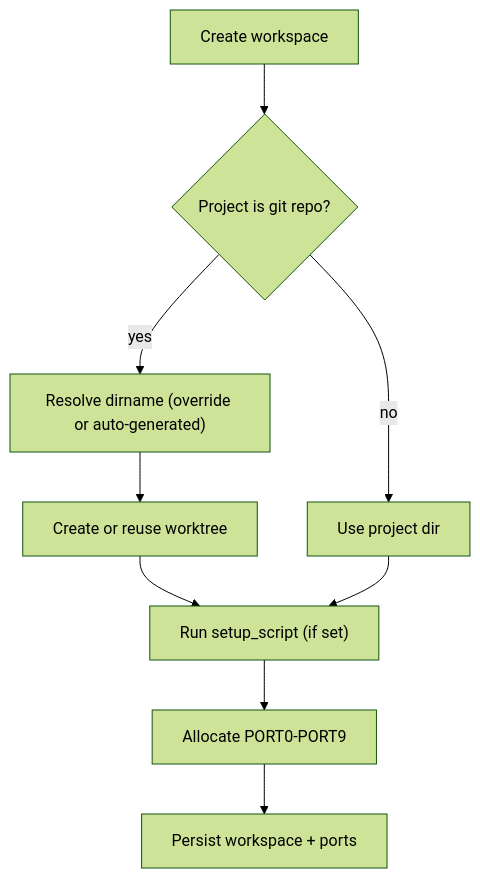
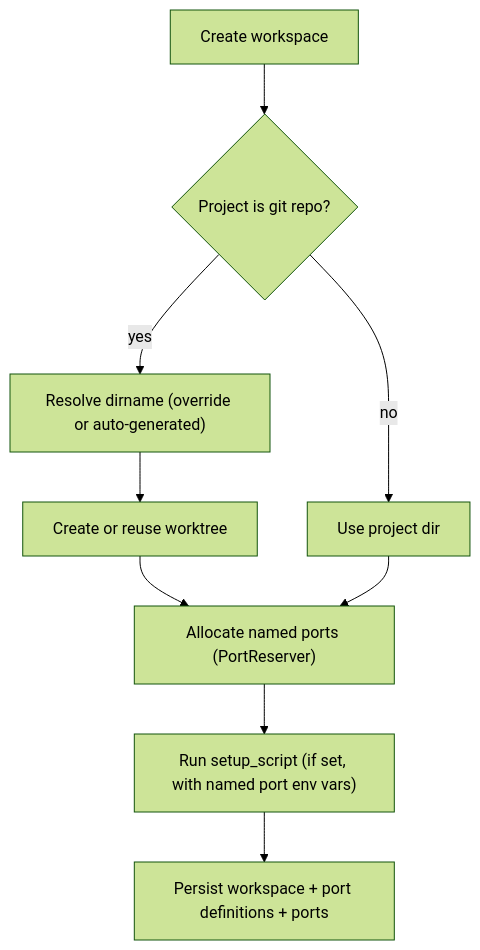
One commit to yogesh-dhande/spaces changed the third of 5 diagrams in apps/macos/docs/architecture.md. Above: the diagram before and after it, drawn with Mermaid (forest theme). The commit also changed other lines of this file and 18 other files, not shown here.

First line of the commit message:
Add named port definitions replacing anonymous PORT0-PORT9 system

````diff
--- a/apps/macos/docs/architecture.md
+++ b/apps/macos/docs/architecture.md
@@ -203,11 +213,11 @@
 ```mermaid
 flowchart TD
   start["Create workspace"] --> git{"Project is git repo?"}
   git -->|"yes"| dirname["Resolve dirname (override or auto-generated)"]
   dirname --> worktree["Create or reuse worktree"]
   git -->|"no"| dir["Use project dir"]
-  worktree --> setup["Run setup_script (if set)"]
-  dir --> setup
-  setup --> ports["Allocate PORT0-PORT9"]
-  ports --> persist["Persist workspace + ports"]
+  worktree --> ports["Allocate named ports (PortReserver)"]
+  dir --> ports
+  ports --> setup["Run setup_script (if set, with named port env vars)"]
+  setup --> persist["Persist workspace + port definitions + ports"]
 ```
````
